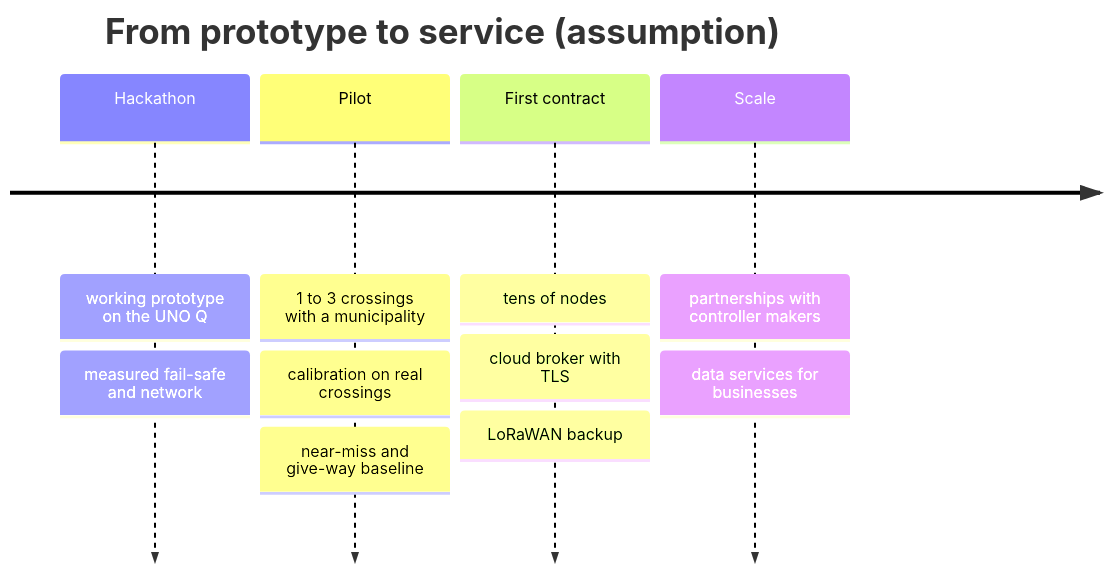
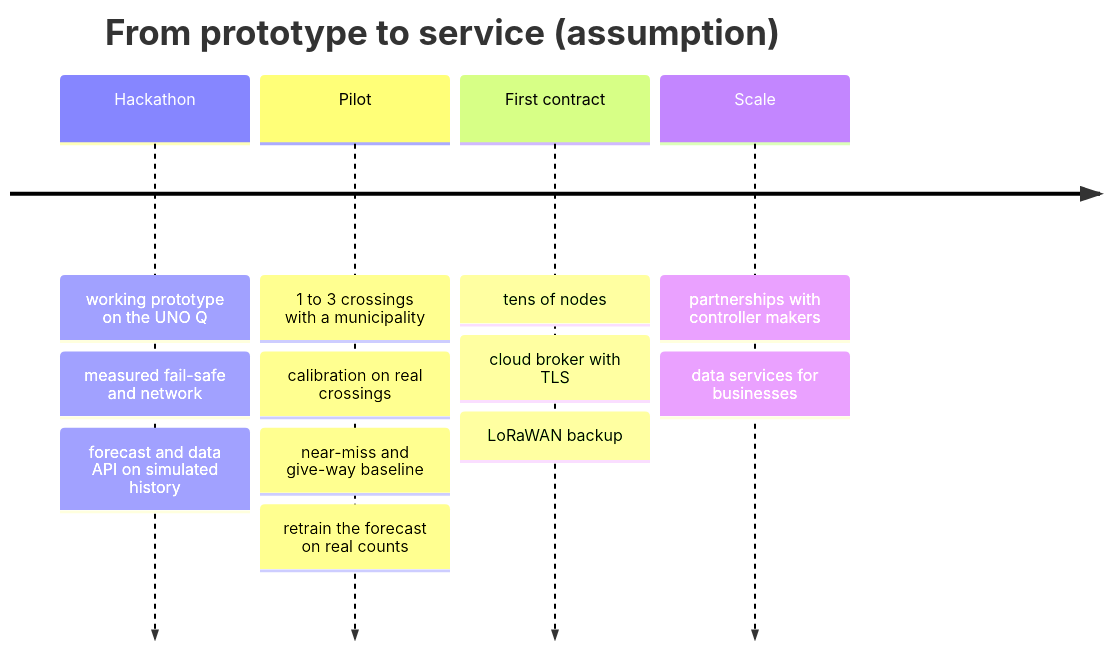
Diagram 17 of 17 in docs/MDGB_DOCUMENTATION.md (Paolo410/HackTurin-mdgb), drawn with Mermaid before and after one commit. The commit also changed other lines of this file and 1 other file, not shown here.

First line of the commit message:
docs: flusso atteso e API per i clienti nella documentazione di riferimento

````diff
--- a/docs/MDGB_DOCUMENTATION.md
+++ b/docs/MDGB_DOCUMENTATION.md
@@ -813,8 +934,8 @@
 ```mermaid
 timeline
     title From prototype to service (assumption)
-    Hackathon : working prototype on the UNO Q : measured fail-safe and network
-    Pilot : 1 to 3 crossings with a municipality : calibration on real crossings : near-miss and give-way baseline
+    Hackathon : working prototype on the UNO Q : measured fail-safe and network : forecast and data API on simulated history
+    Pilot : 1 to 3 crossings with a municipality : calibration on real crossings : near-miss and give-way baseline : retrain the forecast on real counts
     First contract : tens of nodes : cloud broker with TLS : LoRaWAN backup
     Scale : partnerships with controller makers : data services for businesses
 ```
````
